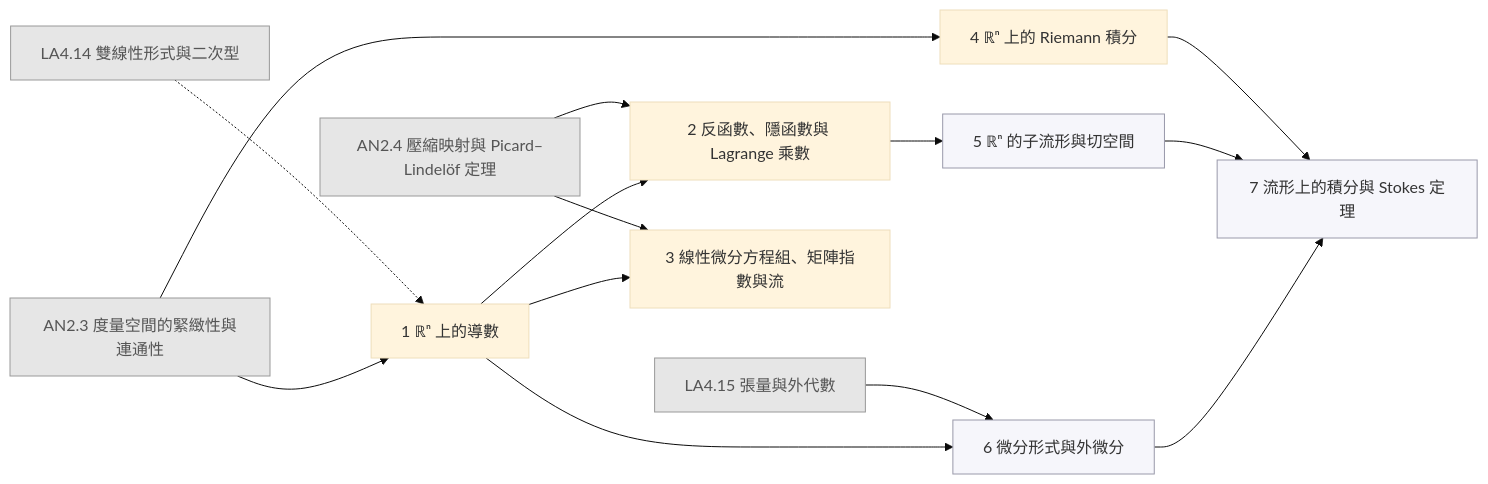
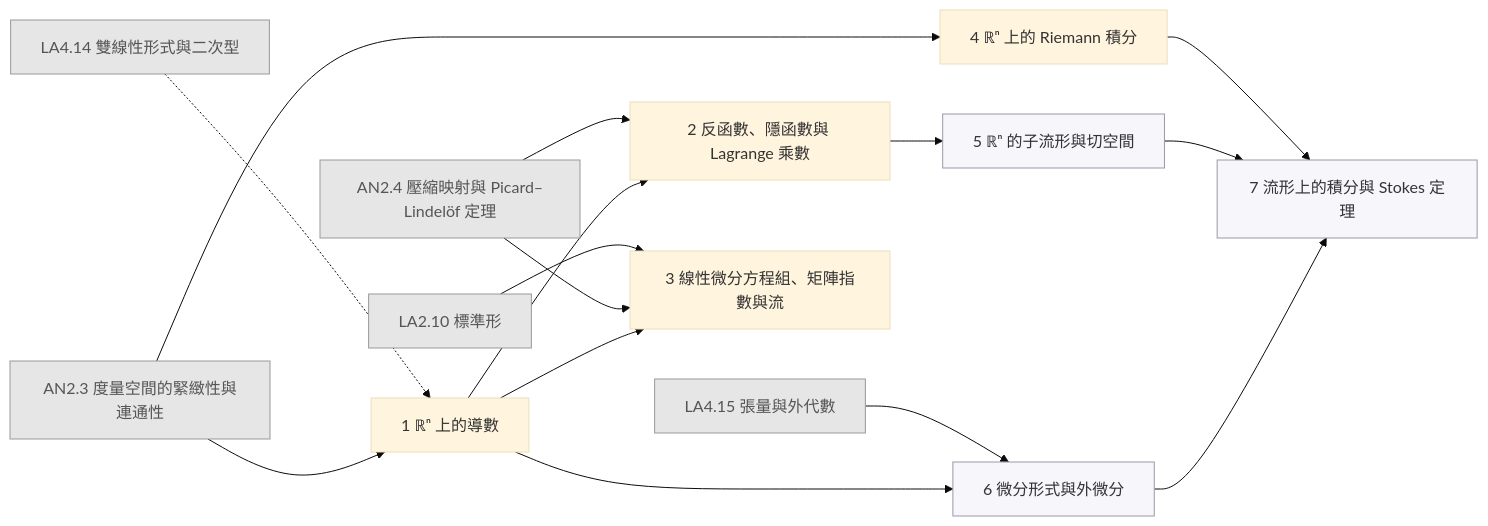
Before and after one commit to AkizumiFox/math-atlas: the diagram in generated/chapters/AN3.mmd, drawn with Mermaid (base theme). The commit also changed 14 other files, not shown here.

```diff
--- a/generated/chapters/AN3.mmd
+++ b/generated/chapters/AN3.mmd
@@ -1,28 +1,30 @@
 flowchart LR
+  LA2_10["LA2.10 標準形"]:::ext
   LA4_14["LA4.14 雙線性形式與二次型"]:::ext
   LA4_15["LA4.15 張量與外代數"]:::ext
   AN2_3["AN2.3 度量空間的緊緻性與連通性"]:::ext
   AN2_4["AN2.4 壓縮映射與 Picard–Lindelöf 定理"]:::ext
   AN3_1["1 ℝⁿ 上的導數"]
   AN3_2["2 反函數、隱函數與 Lagrange 乘數"]
   AN3_3["3 線性微分方程組、矩陣指數與流"]
   AN3_4["4 ℝⁿ 上的 Riemann 積分"]
   AN3_5["5 ℝⁿ 的子流形與切空間"]:::segb
   AN3_6["6 微分形式與外微分"]:::segb
   AN3_7["7 流形上的積分與 Stokes 定理"]:::segb
   LA4_14 -.-> AN3_1
   AN2_3 --> AN3_1
   AN2_4 --> AN3_2
   AN3_1 --> AN3_2
+  LA2_10 --> AN3_3
   AN2_4 --> AN3_3
   AN3_1 --> AN3_3
   AN2_3 --> AN3_4
   AN3_2 --> AN3_5
   LA4_15 --> AN3_6
   AN3_1 --> AN3_6
   AN3_4 --> AN3_7
   AN3_5 --> AN3_7
   AN3_6 --> AN3_7
   classDef ext fill:#e6e6e6,stroke:#999,color:#555
   classDef opt fill:#fff,stroke:#999,stroke-dasharray:4 3,color:#555
   classDef segb fill:#f6f6fb,stroke:#99a,color:#333
```
